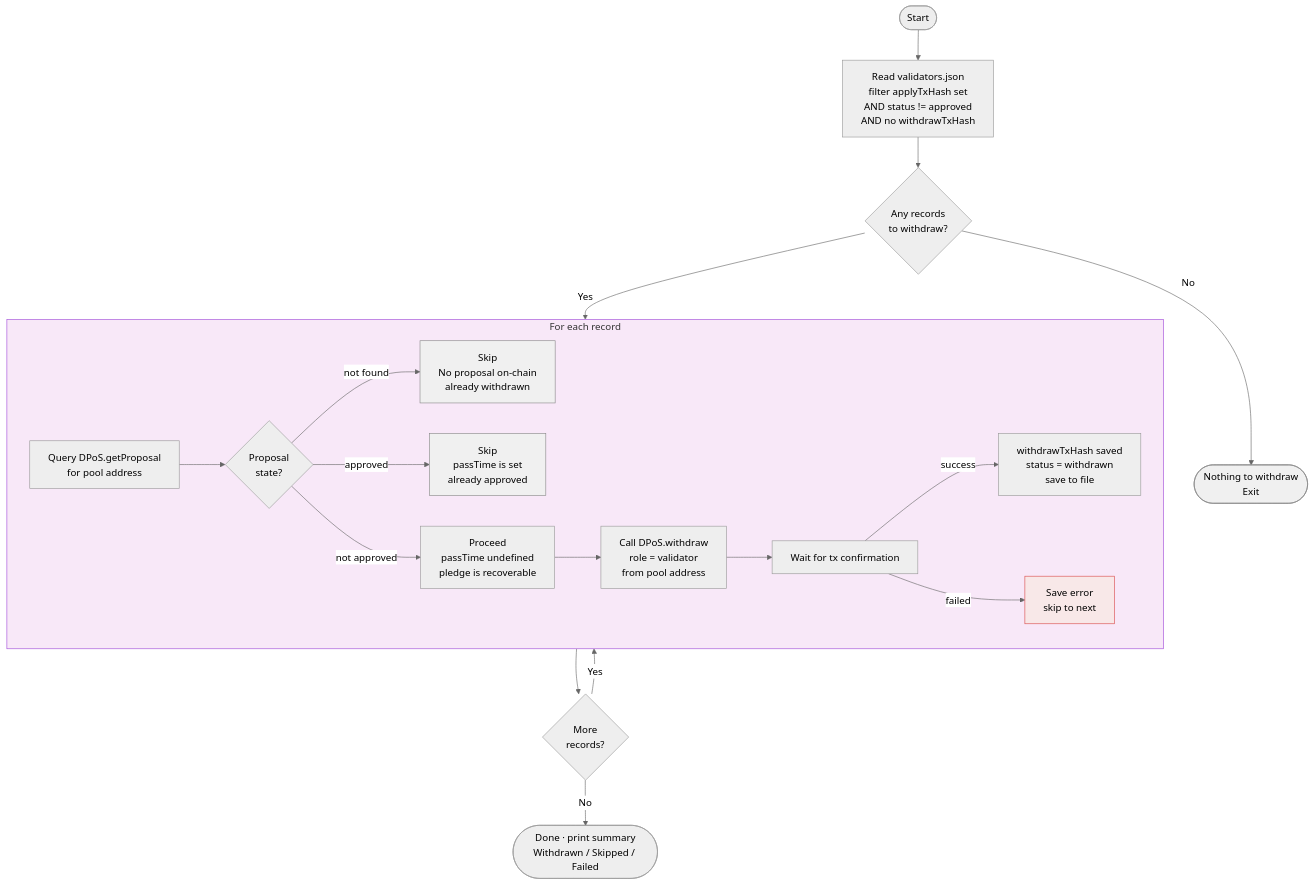
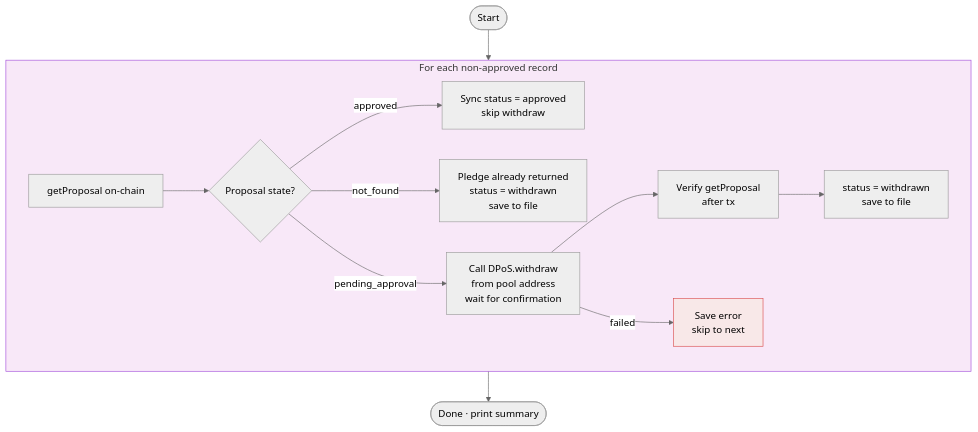
The fourth of 5 diagrams in README.md (armmarov/validator-registration), drawn with Mermaid (neutral theme) before and after one commit. The commit also changed other lines of this file, not shown here.

First line of the commit message:
Update README: add vote flow, overhaul all diagrams

````diff
--- a/README.md
+++ b/README.md
@@ -113,40 +124,25 @@
 ```mermaid
 flowchart TD
-    START([Start]) --> LOAD
+    START([Start]) --> LOOP
 
-    LOAD[Read validators.json\nfilter applyTxHash set\nAND status != approved\nAND no withdrawTxHash] --> CHECK
-
-    CHECK{Any records\nto withdraw?}
-    CHECK -->|No| DONE_SKIP([Nothing to withdraw\nExit])
-    CHECK -->|Yes| LOOP
-
-    subgraph LOOP [For each record]
-        W1[Query DPoS.getProposal\nfor pool address]
-        W2{Proposal\nstate?}
-        W3[Skip\nNo proposal on-chain\nalready withdrawn]
-        W4[Skip\npassTime is set\nalready approved]
-        W5[Proceed\npassTime undefined\npledge is recoverable]
-        W6[Call DPoS.withdraw\nrole = validator\nfrom pool address]
-        W7[Wait for tx confirmation]
-        W8[withdrawTxHash saved\nstatus = withdrawn\nsave to file]
+    subgraph LOOP [For each non-approved record]
+        W1[getProposal on-chain]
+        W2{Proposal state?}
+        W3[Sync status = approved\nskip withdraw]
+        W4[Pledge already returned\nstatus = withdrawn\nsave to file]
+        W5[Call DPoS.withdraw\nfrom pool address\nwait for confirmation]
+        W6[Verify getProposal\nafter tx]
+        W7[status = withdrawn\nsave to file]
         WFAIL[Save error\nskip to next]
         W1 --> W2
-        W2 -->|not found| W3
-        W2 -->|approved| W4
-        W2 -->|not approved| W5
-        W5 --> W6
-        W6 --> W7
-        W7 -->|success| W8
-        W7 -->|failed| WFAIL
+        W2 -->|approved| W3
+        W2 -->|not_found| W4
+        W2 -->|pending_approval| W5 --> W6 --> W7
+        W5 -->|failed| WFAIL
     end
 
-    LOOP --> NEXT{More\nrecords?}
-    NEXT -->|Yes| LOOP
-    NEXT -->|No| END([Done · print summary\nWithdrawn / Skipped / Failed])
+    LOOP --> END([Done · print summary])
 
     style LOOP fill:#f8e8f8,stroke:#a04ad9
-    style W3 fill:#f0f0f0,stroke:#888
-    style W4 fill:#f0f0f0,stroke:#888
     style WFAIL fill:#f8e8e8,stroke:#d94a4a
-    style DONE_SKIP fill:#f0f0f0,stroke:#888
 ```
````
